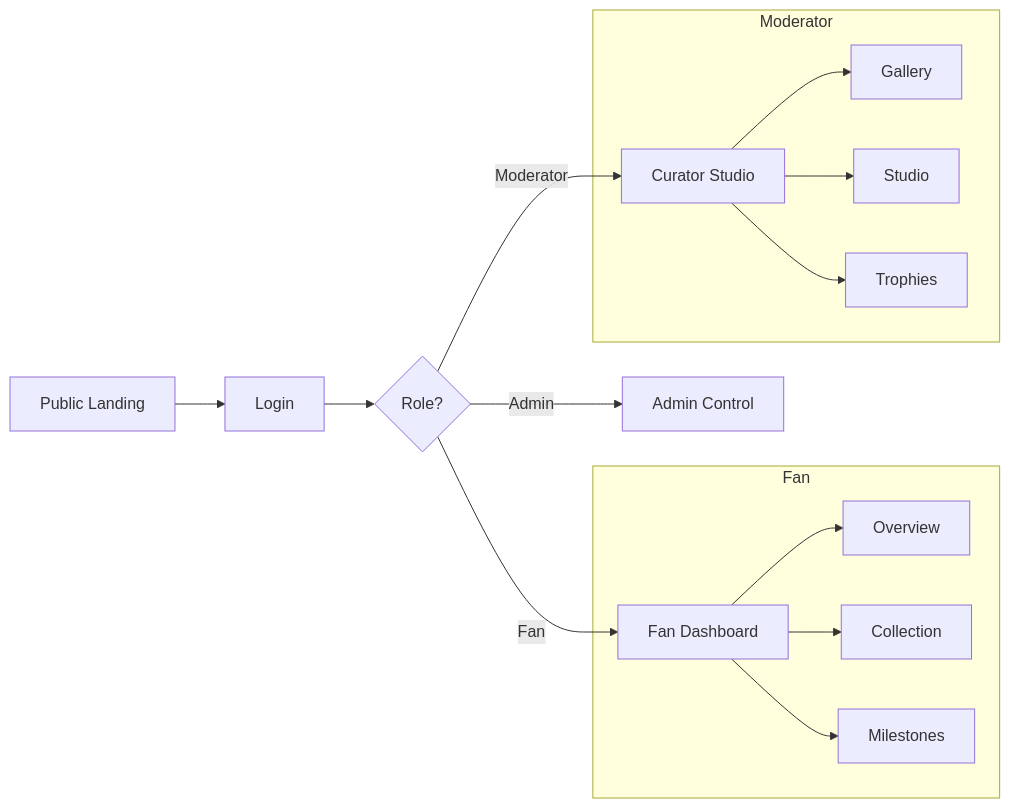
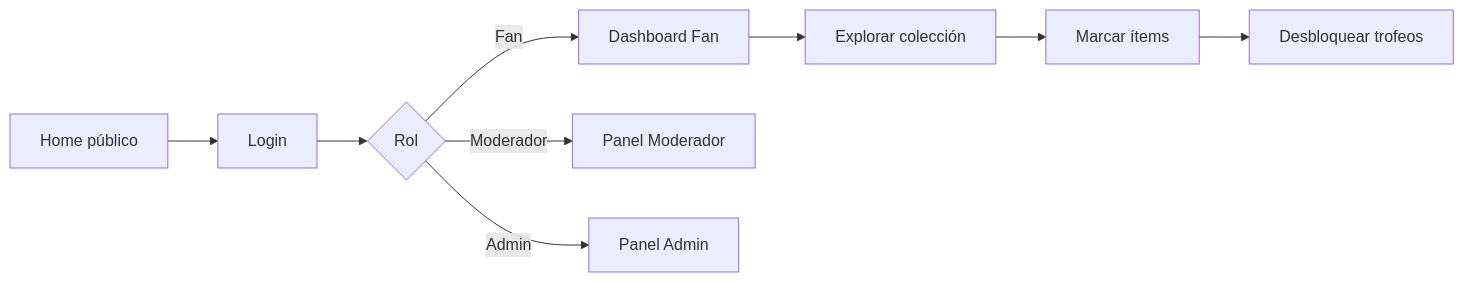
The first of 3 diagrams in README.md (QuidamF/fandex), drawn with Mermaid before and after one commit. The commit also changed other lines of this file and 5 other files, not shown here.

````diff
--- a/README.md
+++ b/README.md
@@ -54,20 +48,12 @@
 ```mermaid
 graph LR
-    P[Public Landing] --> L[Login]
-    L --> V{Role?}
-    V -- Fan --> FD[Fan Dashboard]
-    V -- Moderator --> CS[Curator Studio]
-    V -- Admin --> AC[Admin Control]
+    A[Home público] --> B[Login]
+    B --> C{Rol}
+    C -->|Fan| D[Dashboard Fan]
+    C -->|Moderador| E[Panel Moderador]
+    C -->|Admin| F[Panel Admin]
 
-    subgraph Fan_Views [Fan]
-        FD --> FO[Overview]
-        FD --> FC[Collection]
-        FD --> FM[Milestones]
-    end
-
-    subgraph Mod_Views [Moderator]
-        CS --> MG[Gallery]
-        CS --> MS[Studio]
-        CS --> MT[Trophies]
-    end
+    D --> G[Explorar colección]
+    G --> H[Marcar ítems]
+    H --> I[Desbloquear trofeos]
 ```
````
